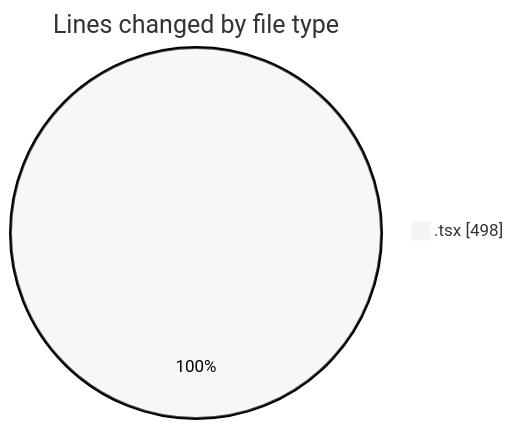
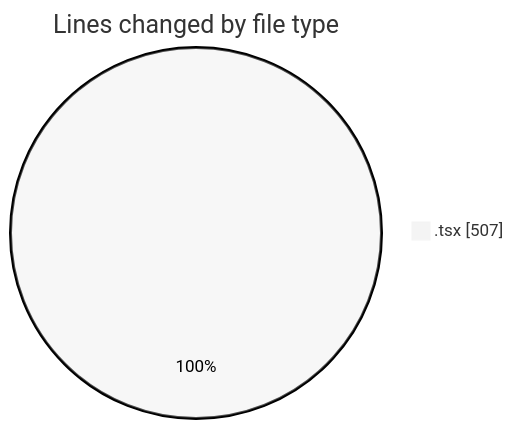
The first of 2 diagrams in 2025-02-03/termonied-web/README.md (robertbonfada/code-tracking), drawn with Mermaid (neutral theme) before and after one commit. The commit also changed other lines of this file and 1 other file, not shown here.

````diff
--- a/2025-02-03/termonied-web/README.md
+++ b/2025-02-03/termonied-web/README.md
@@ -21,5 +21,5 @@
 ```mermaid
 pie showData
 title Lines changed by file type
-".tsx" : 498
+".tsx" : 507
 ```
````
